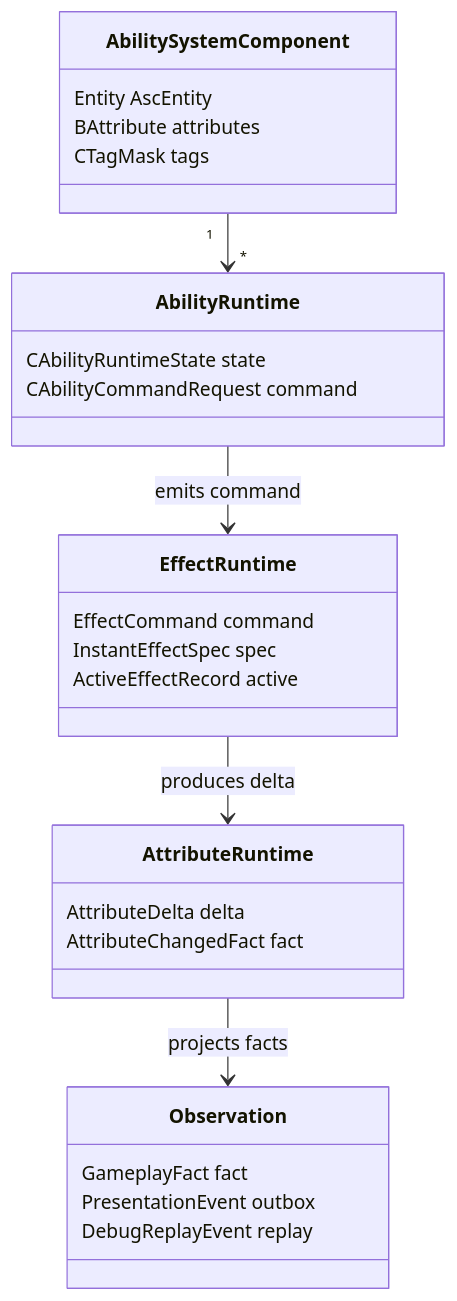
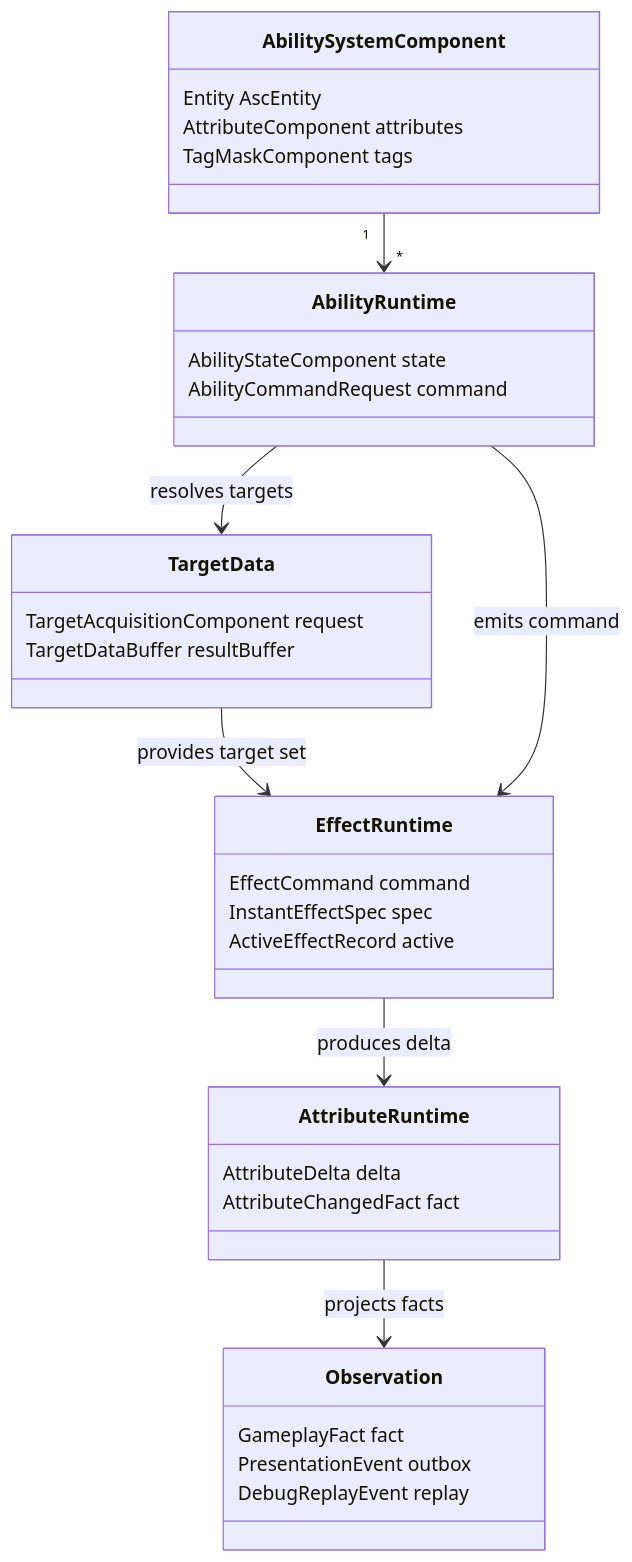
One commit to Bo-ki/gameplay-ability-system-for-unity changed the diagram in 方案讨论/针对2.0的ECS架构的迭代方案讨论/当前路线/01-目标态架构共识/01-GAS概念模型Spec.md. Above: the diagram before and after it, drawn with Mermaid. The commit also changed other lines of this file and 15 other files, not shown here.

````diff
--- a/方案讨论/针对2.0的ECS架构的迭代方案讨论/当前路线/01-目标态架构共识/01-GAS概念模型Spec.md
+++ b/方案讨论/针对2.0的ECS架构的迭代方案讨论/当前路线/01-目标态架构共识/01-GAS概念模型Spec.md
@@ -23,31 +24,37 @@
 ```mermaid
 classDiagram
     class AbilitySystemComponent {
         Entity AscEntity
-        BAttribute attributes
-        CTagMask tags
+        AttributeComponent attributes
+        TagMaskComponent tags
     }
     class AbilityRuntime {
-        CAbilityRuntimeState state
-        CAbilityCommandRequest command
+        AbilityStateComponent state
+        AbilityCommandRequest command
     }
     class EffectRuntime {
         EffectCommand command
         InstantEffectSpec spec
         ActiveEffectRecord active
     }
     class AttributeRuntime {
         AttributeDelta delta
         AttributeChangedFact fact
     }
+    class TargetData {
+        TargetAcquisitionComponent request
+        TargetDataBuffer resultBuffer
+    }
     class Observation {
         GameplayFact fact
         PresentationEvent outbox
         DebugReplayEvent replay
     }
 
     AbilitySystemComponent "1" --> "*" AbilityRuntime
+    AbilityRuntime --> TargetData : resolves targets
+    TargetData --> EffectRuntime : provides target set
     AbilityRuntime --> EffectRuntime : emits command
     EffectRuntime --> AttributeRuntime : produces delta
     AttributeRuntime --> Observation : projects facts
 ```
````
